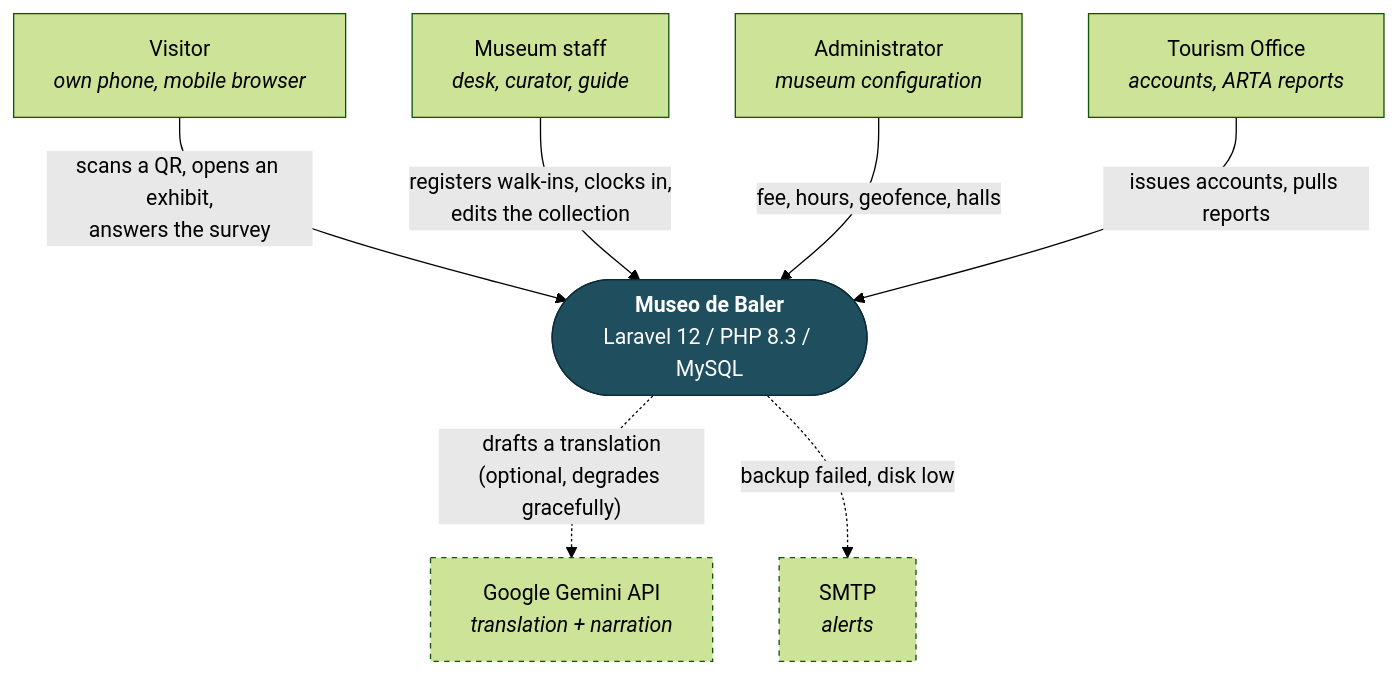
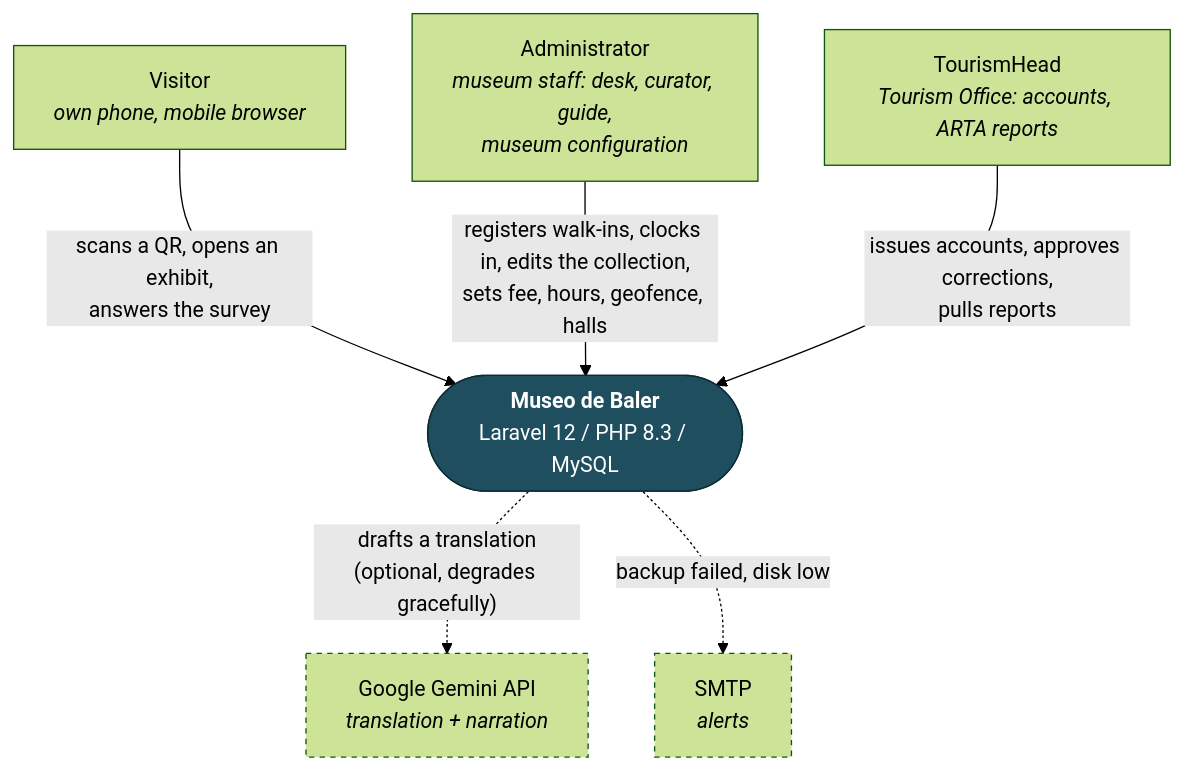
One commit to chyscre/museobaler changed the first of 7 diagrams in docs/ARCHITECTURE.md. Above: the diagram before and after it, drawn with Mermaid (forest theme). The commit also changed other lines of this file and 37 other files, not shown here.

````diff
--- a/docs/ARCHITECTURE.md
+++ b/docs/ARCHITECTURE.md
@@ -15,24 +15,22 @@
 ```mermaid
 flowchart TB
     visitor["Visitor<br/><i>own phone, mobile browser</i>"]
-    staff["Museum staff<br/><i>desk, curator, guide</i>"]
-    admin["Administrator<br/><i>museum configuration</i>"]
-    tourism["Tourism Office<br/><i>accounts, ARTA reports</i>"]
+    staff["Administrator<br/><i>museum staff: desk, curator, guide,<br/>museum configuration</i>"]
+    tourism["TourismHead<br/><i>Tourism Office: accounts, ARTA reports</i>"]
 
     system(["<b>Museo de Baler</b><br/>Laravel 12 / PHP 8.3 / MySQL"])
 
     gemini["Google Gemini API<br/><i>translation + narration</i>"]
     mail["SMTP<br/><i>alerts</i>"]
 
     visitor -->|"scans a QR, opens an exhibit,<br/>answers the survey"| system
-    staff -->|"registers walk-ins, clocks in,<br/>edits the collection"| system
-    admin -->|"fee, hours, geofence, halls"| system
-    tourism -->|"issues accounts, pulls reports"| system
+    staff -->|"registers walk-ins, clocks in, edits the collection,<br/>sets fee, hours, geofence, halls"| system
+    tourism -->|"issues accounts, approves corrections,<br/>pulls reports"| system
 
     system -.->|"drafts a translation<br/>(optional, degrades gracefully)"| gemini
     system -.->|"backup failed, disk low"| mail
 
     style system fill:#1f4e5f,stroke:#0d2b36,color:#fff
     style gemini stroke-dasharray: 4 4
     style mail stroke-dasharray: 4 4
 ```
````
